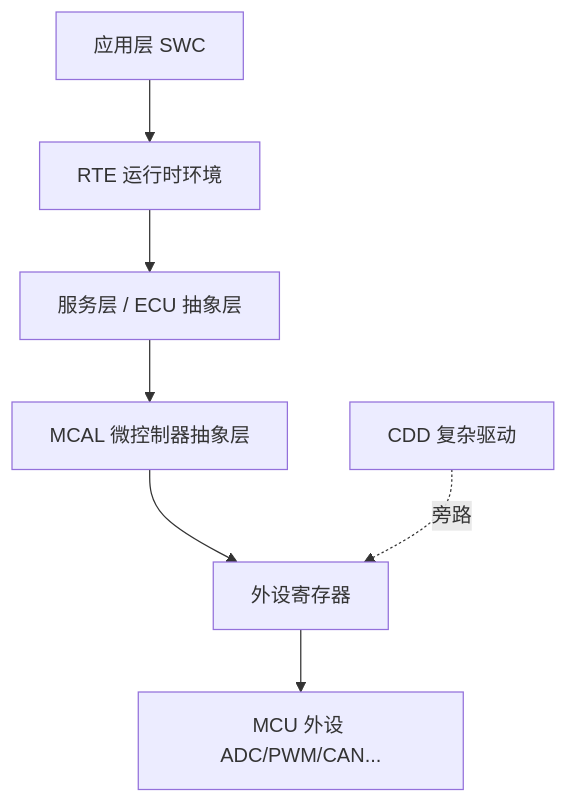
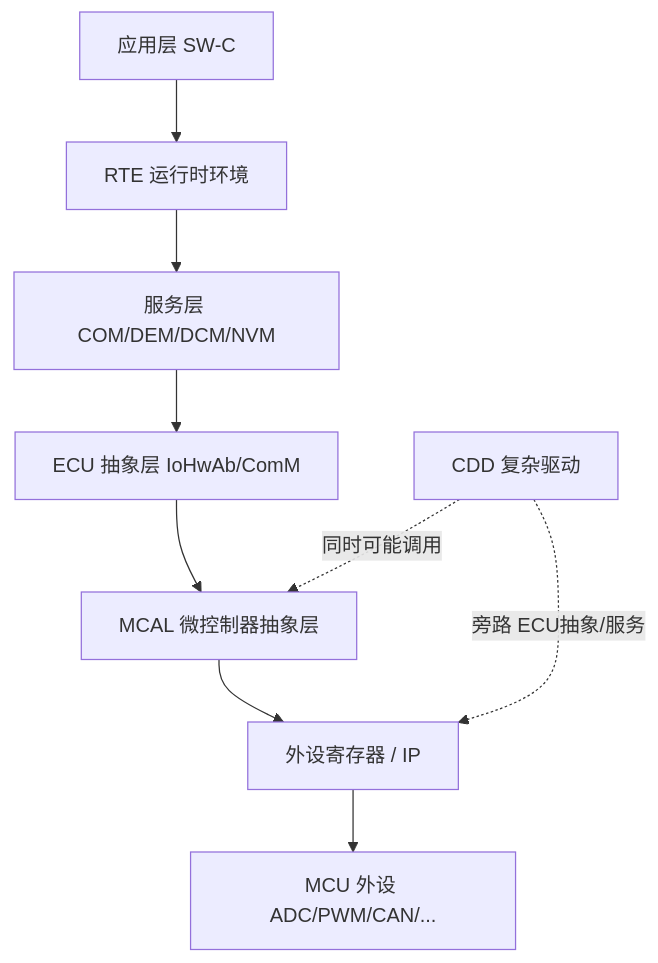
One commit to 1208826038/embedded-skill-notes changed the first of 14 diagrams in articles/04-mcal-driver.md. Above: the diagram before and after it, drawn with Mermaid. The commit also changed other lines of this file, not shown here.

````diff
--- a/articles/04-mcal-driver.md
+++ b/articles/04-mcal-driver.md
@@ -17,9 +30,11 @@
 ```mermaid
 graph TD
-    APP[应用层 SWC] --> RTE[RTE 运行时环境]
-    RTE --> BSW[服务层 / ECU 抽象层]
-    BSW --> MCAL[MCAL 微控制器抽象层]
-    MCAL --> REG[外设寄存器]
-    REG --> PERI[MCU 外设 ADC/PWM/CAN...]
-    CDD[CDD 复杂驱动] -.旁路.-> REG
+    APP[应用层 SW-C] --> RTE[RTE 运行时环境]
+    RTE --> SVC[服务层 COM/DEM/DCM/NVM]
+    SVC --> ECUAB[ECU 抽象层 IoHwAb/ComM]
+    ECUAB --> MCAL[MCAL 微控制器抽象层]
+    MCAL --> REG[外设寄存器 / IP]
+    REG --> PERI[MCU 外设 ADC/PWM/CAN/...]
+    CDD[CDD 复杂驱动] -.旁路 ECU抽象/服务.-> REG
+    CDD -.同时可能调用.-> MCAL
 ```
````
